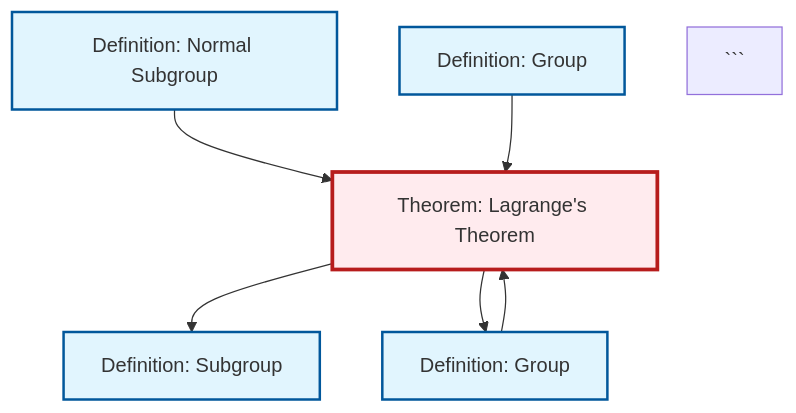
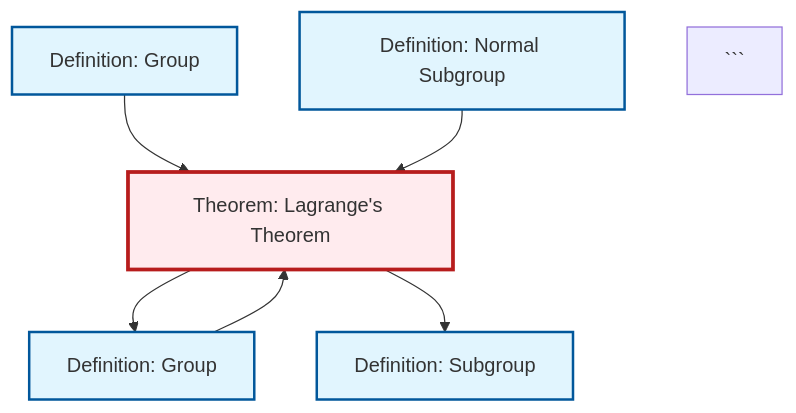
Before and after one commit to RK0429/ModernMath: the diagram in output/mermaid/thm-lagrange.mermaid, drawn with Mermaid. The commit also changed other lines of this file and 1139 other files, not shown here.

````diff
--- a/output/mermaid/thm-lagrange.mermaid
+++ b/output/mermaid/thm-lagrange.mermaid
@@ -1,19 +1,19 @@
 %%| fig-cap: "Local dependency graph"
 graph TD
     classDef definition fill:#e1f5fe,stroke:#01579b,stroke-width:2px
     classDef theorem fill:#f3e5f5,stroke:#4a148c,stroke-width:2px
     classDef axiom fill:#fff3e0,stroke:#e65100,stroke-width:2px
     classDef example fill:#e8f5e9,stroke:#1b5e20,stroke-width:2px
     classDef current fill:#ffebee,stroke:#b71c1c,stroke-width:3px
-    def-group-example["Definition: Group"]:::definition
     thm-lagrange["Theorem: Lagrange's Theorem"]:::theorem
     def-subgroup["Definition: Subgroup"]:::definition
     def-group["Definition: Group"]:::definition
     def-normal-subgroup["Definition: Normal Subgroup"]:::definition
+    def-group-example["Definition: Group"]:::definition
+    thm-lagrange --> def-group
+    def-group --> thm-lagrange
+    def-group-example --> thm-lagrange
+    thm-lagrange --> def-subgroup
     def-normal-subgroup --> thm-lagrange
-    def-group --> thm-lagrange
-    thm-lagrange --> def-subgroup
-    thm-lagrange --> def-group
-    def-group-example --> thm-lagrange
     class thm-lagrange current
 ```
````
